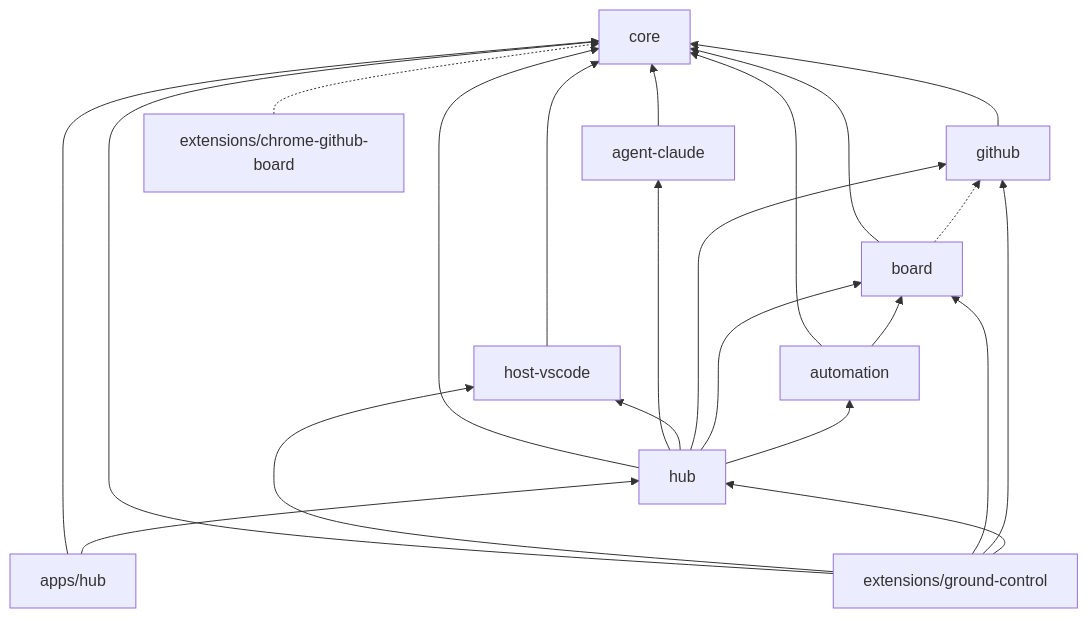
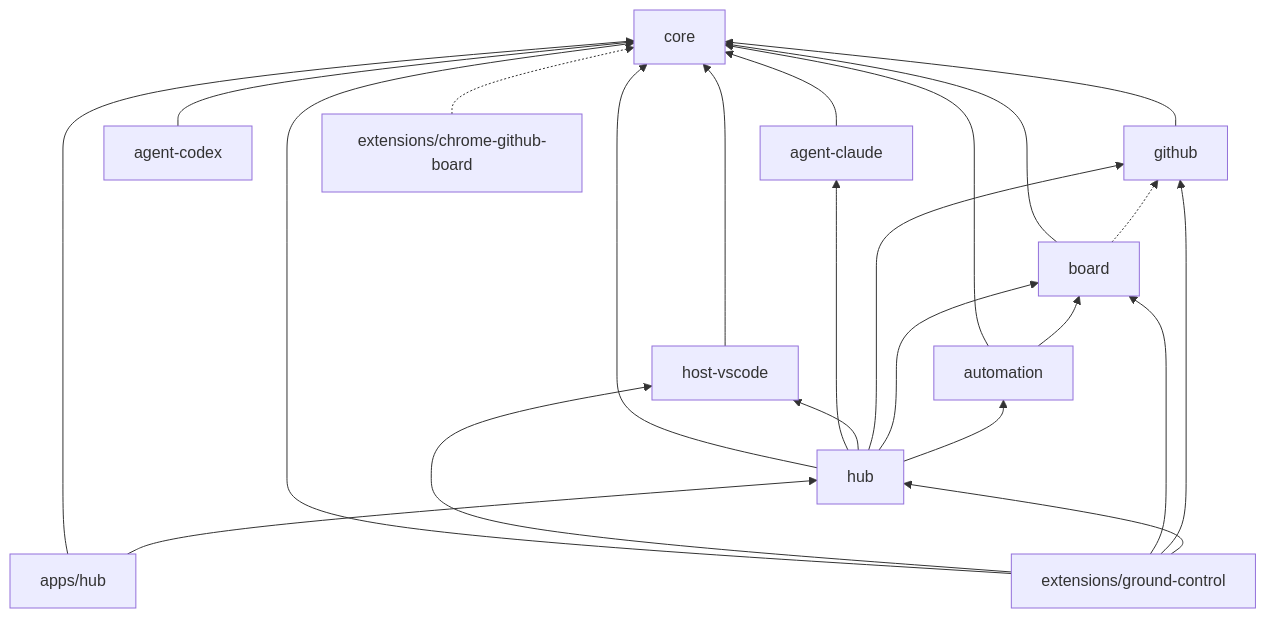
The fourth of 4 diagrams in README.md (jon-or/ground-control), drawn with Mermaid before and after one commit. The commit also changed other lines of this file and 93 other files, not shown here.

First line of the commit message:
feat(agent-codex): add the codex agent adapter, reveal, and dispatch

````diff
--- a/README.md
+++ b/README.md
@@ -146,35 +146,37 @@
 ```mermaid
 flowchart BT
     core["core"]
     claude["agent-claude"]
+    codex["agent-codex"]
     hostvs["host-vscode"]
     gh["github"]
     board["board"]
     automation["automation"]
     hub["hub"]
     appshub["apps/hub"]
     ext["extensions/ground-control"]
     chrome["extensions/chrome-github-board"]
 
     claude --> core
+    codex --> core
     hostvs --> core
     gh --> core
     board --> core
     board -.-> gh
     automation --> core
     automation --> board
     hub --> core
     hub --> claude
     hub --> hostvs
     hub --> gh
     hub --> board
     hub --> automation
     appshub --> core
     appshub --> hub
     ext --> core
     ext --> hostvs
     ext --> board
     ext --> gh
     ext --> hub
     chrome -.-> core
 ```
````
